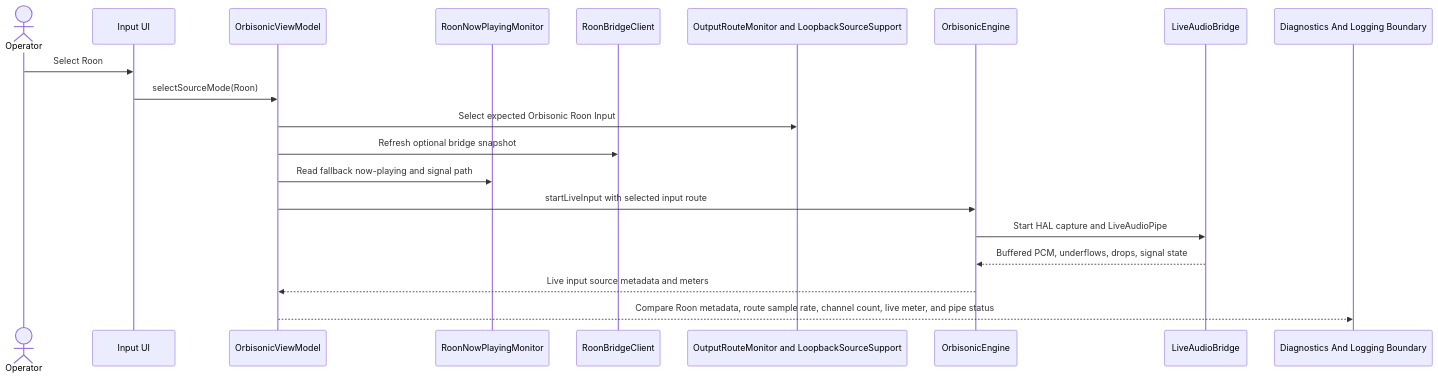
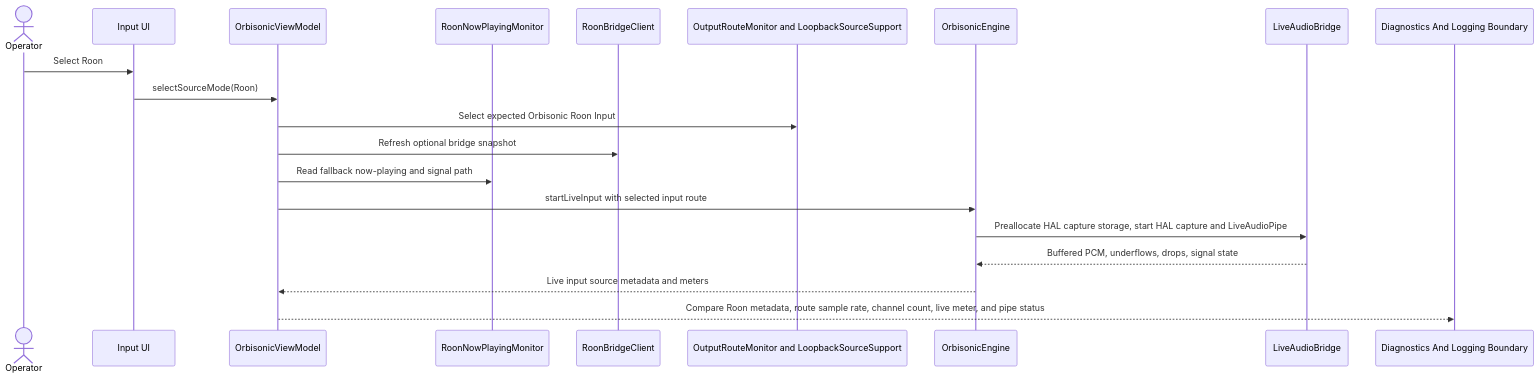
The third of 13 diagrams in docs/system-flows.md (jebagu/Orbisonic), drawn with Mermaid before and after one commit. The commit also changed other lines of this file and 93 other files, not shown here.

````diff
--- a/docs/system-flows.md
+++ b/docs/system-flows.md
@@ -101,23 +101,23 @@
 ```mermaid
 sequenceDiagram
     actor Operator
     participant UI as Input UI
     participant VM as OrbisonicViewModel
     participant RoonLog as RoonNowPlayingMonitor
     participant RoonBridge as RoonBridgeClient
     participant Routes as OutputRouteMonitor and LoopbackSourceSupport
     participant Engine as OrbisonicEngine
     participant Live as LiveAudioBridge
     participant Diagnostics as Diagnostics And Logging Boundary
 
     Operator->>UI: Select Roon
     UI->>VM: selectSourceMode(Roon)
     VM->>Routes: Select expected Orbisonic Roon Input
     VM->>RoonBridge: Refresh optional bridge snapshot
     VM->>RoonLog: Read fallback now-playing and signal path
     VM->>Engine: startLiveInput with selected input route
-    Engine->>Live: Start HAL capture and LiveAudioPipe
+    Engine->>Live: Preallocate HAL capture storage, start HAL capture and LiveAudioPipe
     Live-->>Engine: Buffered PCM, underflows, drops, signal state
     Engine-->>VM: Live input source metadata and meters
     VM-->>Diagnostics: Compare Roon metadata, route sample rate, channel count, live meter, and pipe status
 ```
````
